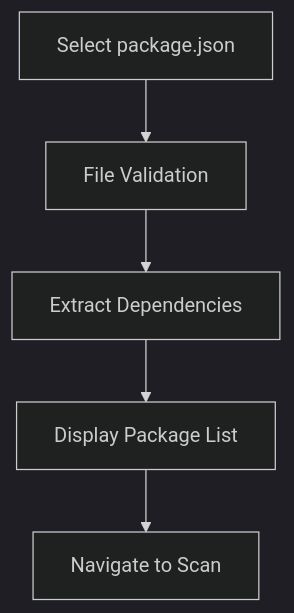
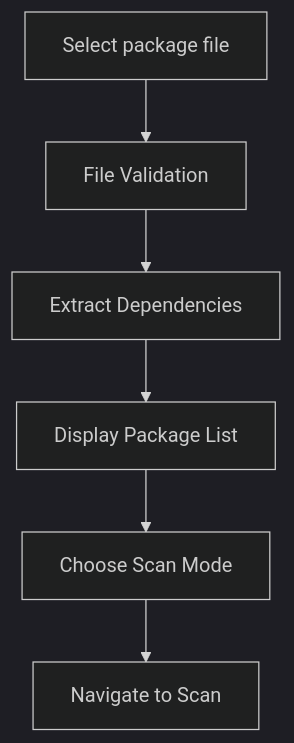
One commit to Jhih-Ting23472002/CVES-NIST changed the first of 4 diagrams in README.md. Above: the diagram before and after it, drawn with Mermaid (dark theme). The commit also changed other lines of this file, not shown here.

Commit message:
feat: 更新 README.md，新增對 package-lock.json 的支援，強調背景掃描與智慧任務管理功能

````diff
--- a/README.md
+++ b/README.md
@@ -334,7 +409,8 @@
 ```mermaid
 graph TD
-    A[Select package.json] --> B[File Validation]
+    A[Select package file] --> B[File Validation]
     B --> C[Extract Dependencies]
     C --> D[Display Package List]
-    D --> E[Navigate to Scan]
+    D --> E[Choose Scan Mode]
+    E --> F[Navigate to Scan]
 ```
````
